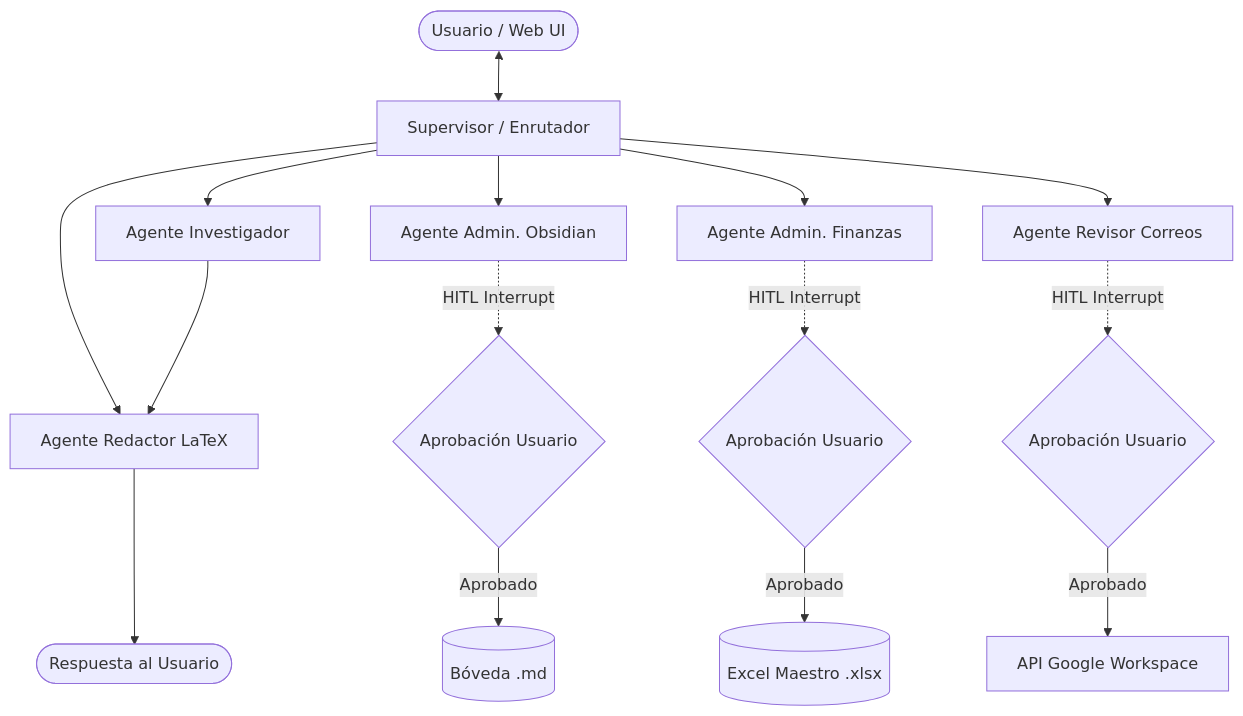
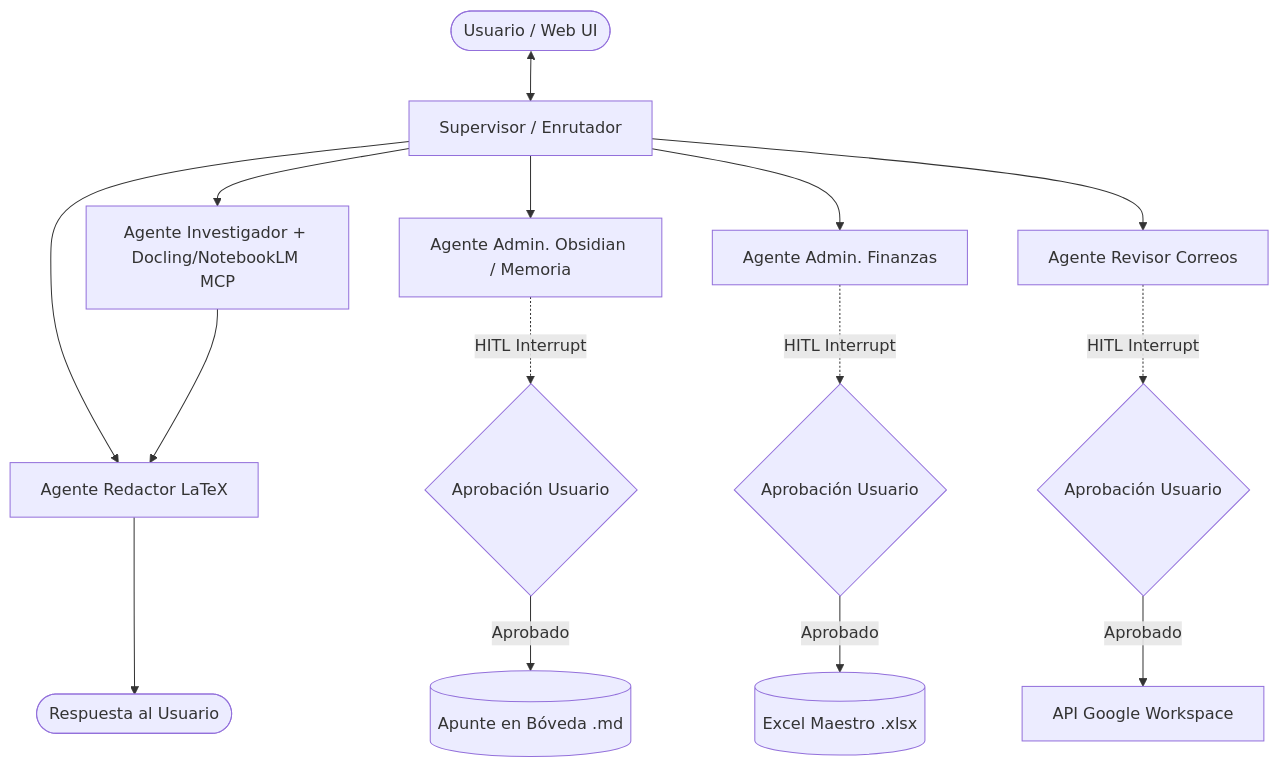
Before and after one commit to jhonclavijotro/ass-istent: the diagram in harness_spec.md, drawn with Mermaid. The commit also changed other lines of this file, not shown here.

Commit message:
docs: integracion de Docling/NotebookLM MCP para analisis de documentos y redefinicion de Obsidian como memoria de investigacion

````diff
--- a/harness_spec.md
+++ b/harness_spec.md
@@ -25,21 +48,21 @@
 ```mermaid
 graph TD
     User([Usuario / Web UI]) <--> Supervisor[Supervisor / Enrutador]
     
-    Supervisor --> Investigador[Agente Investigador]
+    Supervisor --> Investigador[Agente Investigador + Docling/NotebookLM MCP]
     Supervisor --> Redactor[Agente Redactor LaTeX]
-    Supervisor --> ObsidianAg[Agente Admin. Obsidian]
+    Supervisor --> ObsidianAg[Agente Admin. Obsidian / Memoria]
     Supervisor --> FinanceAg[Agente Admin. Finanzas]
     Supervisor --> EmailAg[Agente Revisor Correos]
     
     ObsidianAg -.->|HITL Interrupt| CheckObsidian{Aprobación Usuario}
     FinanceAg -.->|HITL Interrupt| CheckFinance{Aprobación Usuario}
     EmailAg -.->|HITL Interrupt| CheckEmail{Aprobación Usuario}
     
-    CheckObsidian -->|Aprobado| WriteObsidian[(Bóveda .md)]
+    CheckObsidian -->|Aprobado| WriteObsidian[(Apunte en Bóveda .md)]
     CheckFinance -->|Aprobado| WriteFinance[(Excel Maestro .xlsx)]
     CheckEmail -->|Aprobado| SendEmail[API Google Workspace]
     
     Investigador --> Redactor
     Redactor --> End([Respuesta al Usuario])
 ```
````
